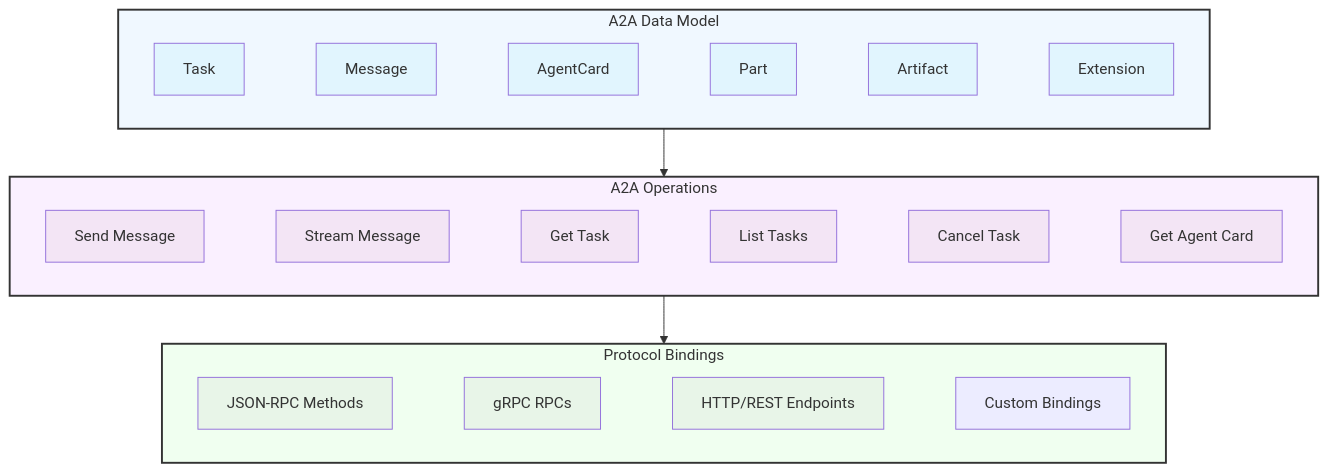
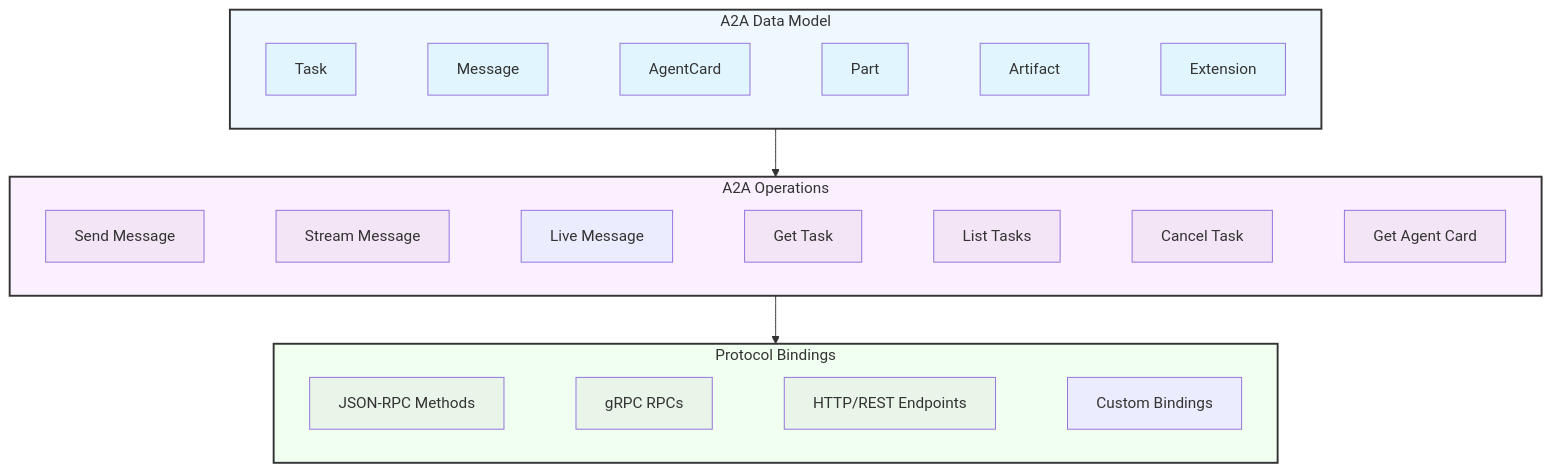
One commit to a2aproject/A2A changed the diagram in docs/specification.md. Above: the diagram before and after it, drawn with Mermaid. The commit also changed other lines of this file and 5 other files, not shown here.

First line of the commit message:
docs: add SendLiveMessage to specification, topics, and reference docs

````diff
--- a/docs/specification.md
+++ b/docs/specification.md
@@ -47,44 +47,44 @@
 ```mermaid
 graph TB
     subgraph L1 ["A2A Data Model"]
         direction LR
         A[Task] ~~~ B[Message] ~~~ C[AgentCard] ~~~ D[Part] ~~~ E[Artifact] ~~~ F[Extension]
     end
 
     subgraph L2 ["A2A Operations"]
         direction LR
-        G[Send Message] ~~~ H[Stream Message] ~~~ I[Get Task] ~~~ J[List Tasks] ~~~ K[Cancel Task] ~~~ L[Get Agent Card]
+        G[Send Message] ~~~ H[Stream Message] ~~~ H2[Live Message] ~~~ I[Get Task] ~~~ J[List Tasks] ~~~ K[Cancel Task] ~~~ L[Get Agent Card]
     end
 
     subgraph L3 ["Protocol Bindings"]
         direction LR
         M[JSON-RPC Methods] ~~~ N[gRPC RPCs] ~~~ O[HTTP/REST Endpoints] ~~~ P[Custom Bindings]
     end
 
     %% Dependencies between layers
     L1 --> L2
     L2 --> L3
 
 
     style A fill:#e1f5fe
     style B fill:#e1f5fe
     style C fill:#e1f5fe
     style D fill:#e1f5fe
     style E fill:#e1f5fe
     style F fill:#e1f5fe
 
     style G fill:#f3e5f5
     style H fill:#f3e5f5
     style I fill:#f3e5f5
     style J fill:#f3e5f5
     style K fill:#f3e5f5
     style L fill:#f3e5f5
 
     style M fill:#e8f5e8
     style N fill:#e8f5e8
     style O fill:#e8f5e8
 
     style L1 fill:#f0f8ff,stroke:#333,stroke-width:2px
     style L2 fill:#faf0ff,stroke:#333,stroke-width:2px
     style L3 fill:#f0fff0,stroke:#333,stroke-width:2px
 ```
````
